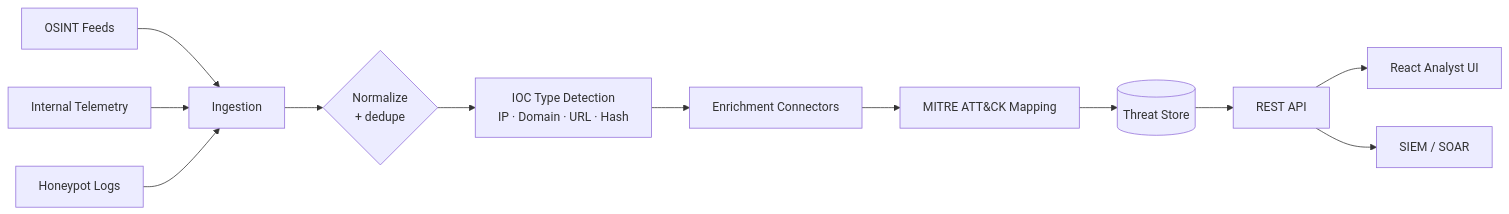
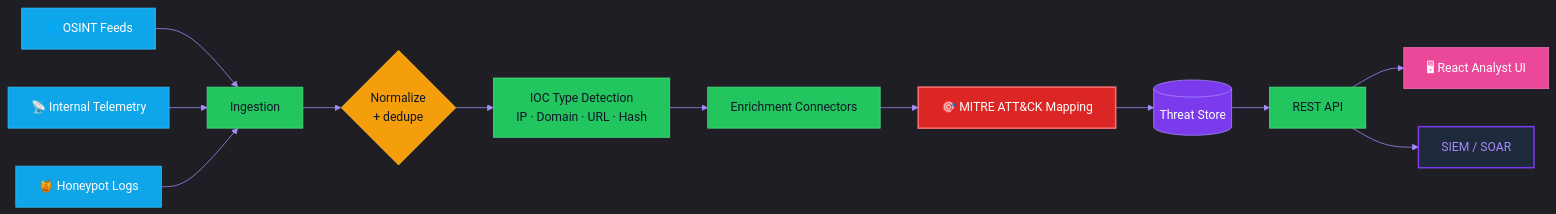
One commit to lloredia/lloredia changed the second of 5 diagrams in README.md. Above: the diagram before and after it, drawn with Mermaid. The commit also changed other lines of this file, not shown here.

First line of the commit message:
Add animated header, ASCII figlet, SOC dashboard, themed mermaid

````diff
--- a/README.md
+++ b/README.md
@@ -216,14 +268,22 @@
 ```mermaid
+%%{init: {'theme':'dark','themeVariables':{'primaryColor':'#1E293B','primaryTextColor':'#E2E8F0','primaryBorderColor':'#7C3AED','lineColor':'#A78BFA','fontFamily':'Fira Code'}}}%%
 flowchart LR
-    F1[OSINT Feeds] --> ING[Ingestion]
-    F2[Internal Telemetry] --> ING
-    F3[Honeypot Logs] --> ING
-    ING --> NORM{Normalize<br/>+ dedupe}
-    NORM --> DET[IOC Type Detection<br/>IP · Domain · URL · Hash]
-    DET --> ENR[Enrichment Connectors]
-    ENR --> ATTCK[MITRE ATT&CK Mapping]
-    ATTCK --> DB[(Threat Store)]
-    DB --> API[REST API]
-    API --> UI[React Analyst UI]
-    API --> SOC[SIEM / SOAR]
+    F1[🌐 OSINT Feeds]:::feed --> ING[Ingestion]:::core
+    F2[📡 Internal Telemetry]:::feed --> ING
+    F3[🍯 Honeypot Logs]:::feed --> ING
+    ING --> NORM{Normalize<br/>+ dedupe}:::logic
+    NORM --> DET[IOC Type Detection<br/>IP · Domain · URL · Hash]:::core
+    DET --> ENR[Enrichment Connectors]:::core
+    ENR --> ATTCK[🎯 MITRE ATT&CK Mapping]:::attack
+    ATTCK --> DB[(Threat Store)]:::data
+    DB --> API[REST API]:::core
+    API --> UI[🖥 React Analyst UI]:::ui
+    API --> SOC[SIEM / SOAR]:::soc
+    classDef feed fill:#0EA5E9,stroke:#38BDF8,color:#fff
+    classDef core fill:#22C55E,stroke:#4ADE80,color:#0F172A
+    classDef logic fill:#F59E0B,stroke:#FBBF24,color:#0F172A
+    classDef data fill:#7C3AED,stroke:#A78BFA,color:#fff
+    classDef attack fill:#DC2626,stroke:#F87171,color:#fff,stroke-width:2px
+    classDef ui fill:#EC4899,stroke:#F472B6,color:#fff
+    classDef soc fill:#1E293B,stroke:#7C3AED,color:#A78BFA,stroke-width:2px
 ```
````
